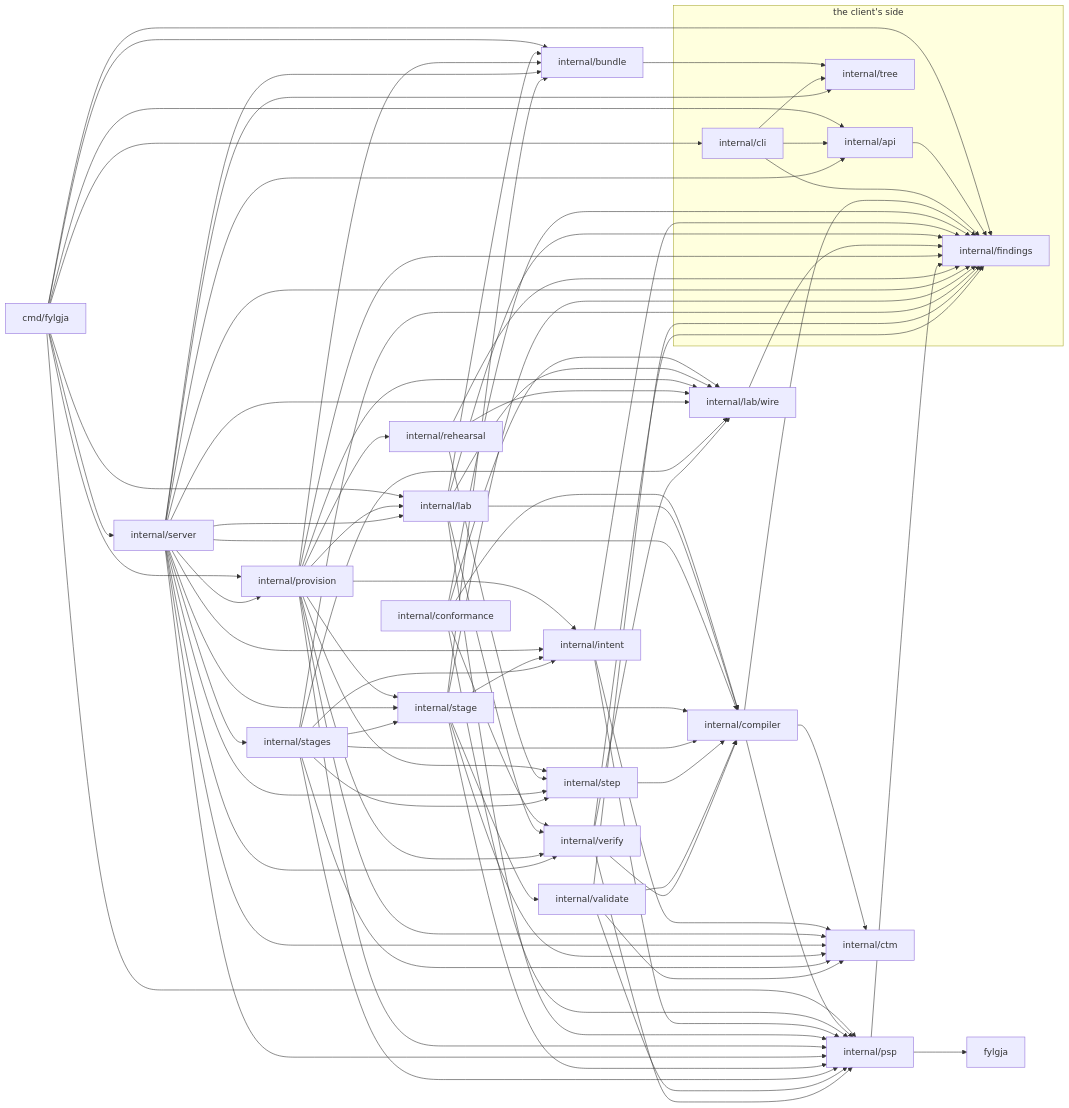
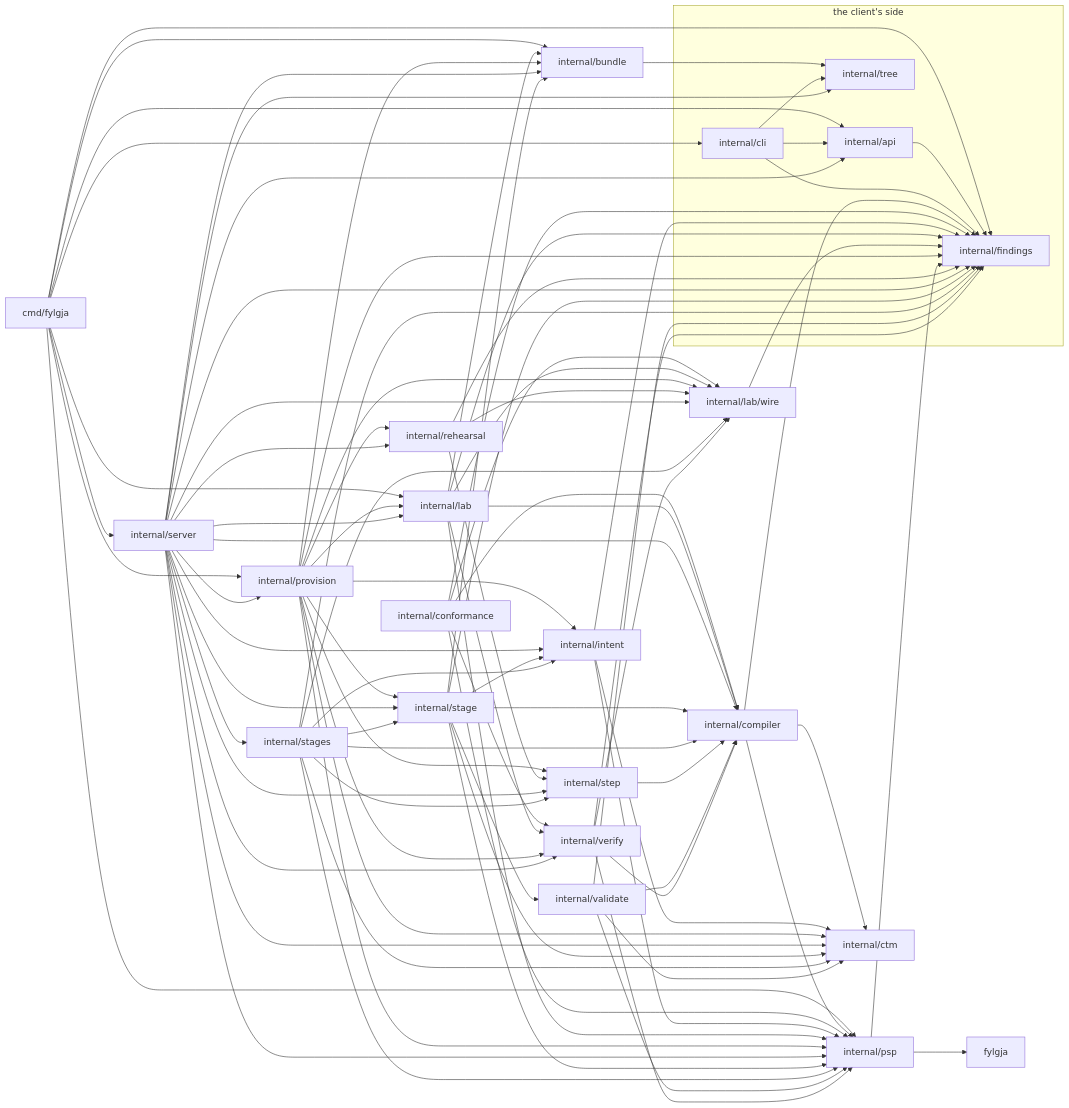
One commit to happypathnetworking/fylgja changed the diagram in docs/development.md. Above: the diagram before and after it, drawn with Mermaid. The commit also changed 5 other files, not shown here.

First line of the commit message:
docs(c4): the server's handlers draw on the rehearsal

```diff
--- a/docs/development.md
+++ b/docs/development.md
@@ -400,6 +400,7 @@
     internal_server --> internal_lab_wire
     internal_server --> internal_provision
     internal_server --> internal_psp
+    internal_server --> internal_rehearsal
     internal_server --> internal_stage
     internal_server --> internal_stages
     internal_server --> internal_step
```
